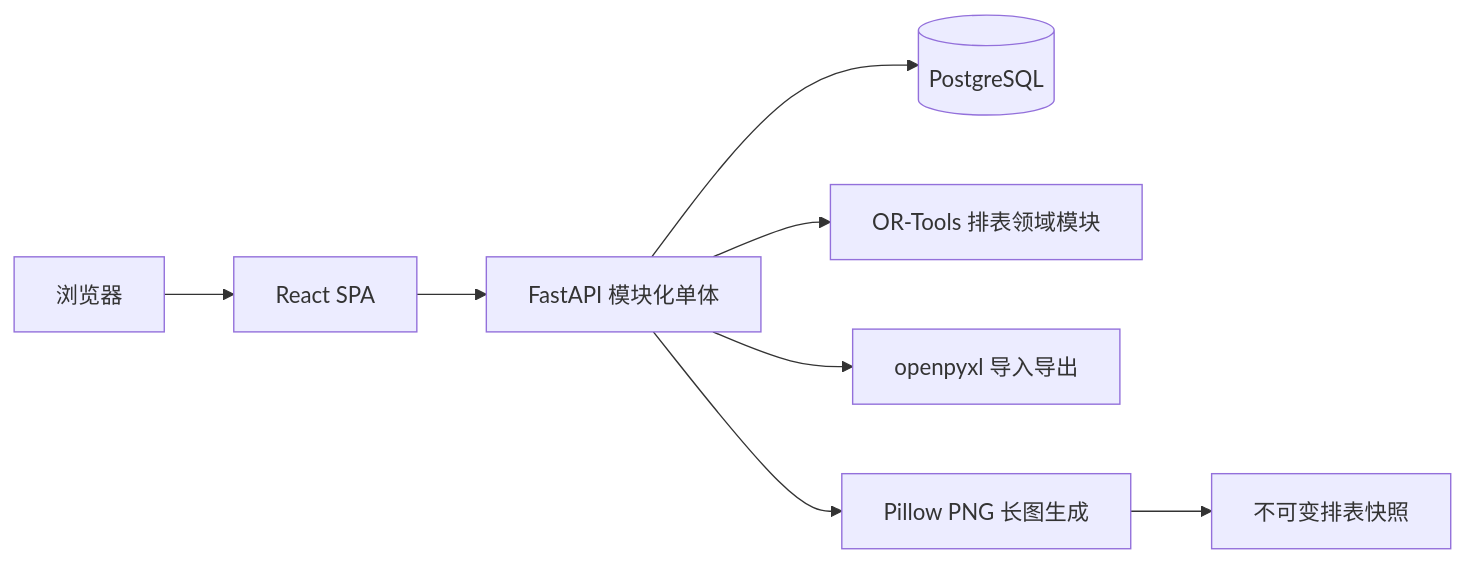
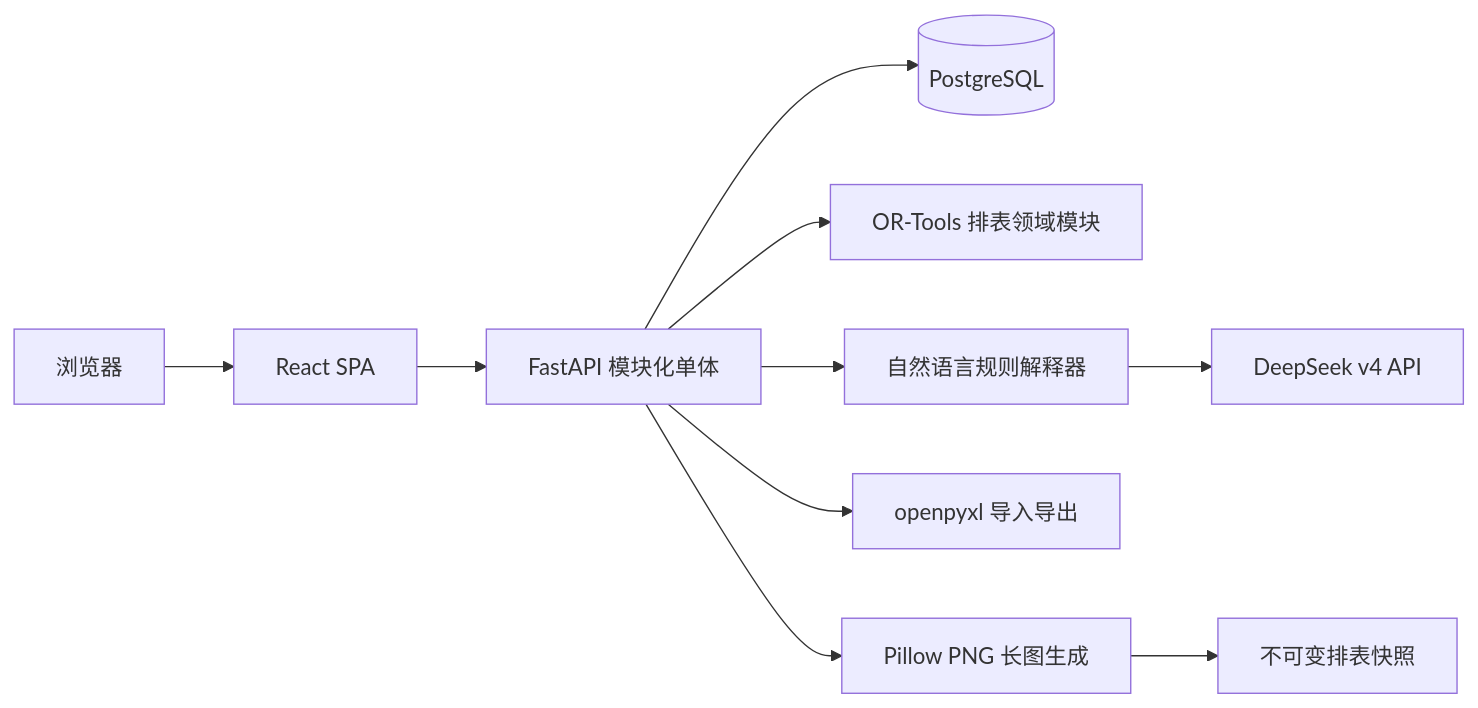
One commit to haonange1314/dnf-leader-tool changed the first of 4 diagrams in docs/technical-design.md. Above: the diagram before and after it, drawn with Mermaid. The commit also changed other lines of this file and 16 other files, not shown here.

````diff
--- a/docs/technical-design.md
+++ b/docs/technical-design.md
@@ -56,10 +58,12 @@
 ```mermaid
 flowchart LR
     Browser["浏览器"] --> Web["React SPA"]
     Web --> API["FastAPI 模块化单体"]
     API --> DB[("PostgreSQL")]
     API --> Solver["OR-Tools 排表领域模块"]
+    API --> RuleParser["自然语言规则解释器"]
+    RuleParser --> DeepSeek["DeepSeek v4 API"]
     API --> Excel["openpyxl 导入导出"]
     API --> Exporter["Pillow PNG 长图生成"]
     Exporter --> Snapshot["不可变排表快照"]
 ```
````
